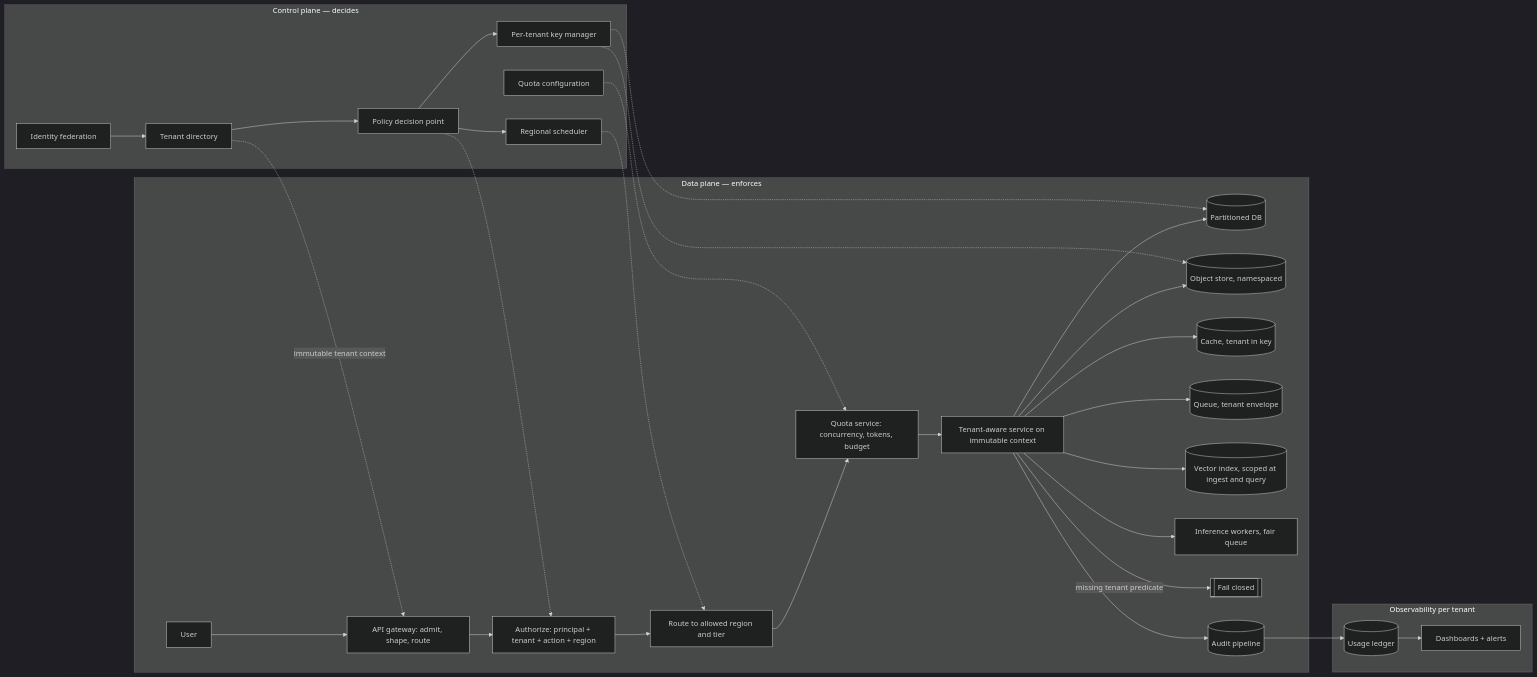
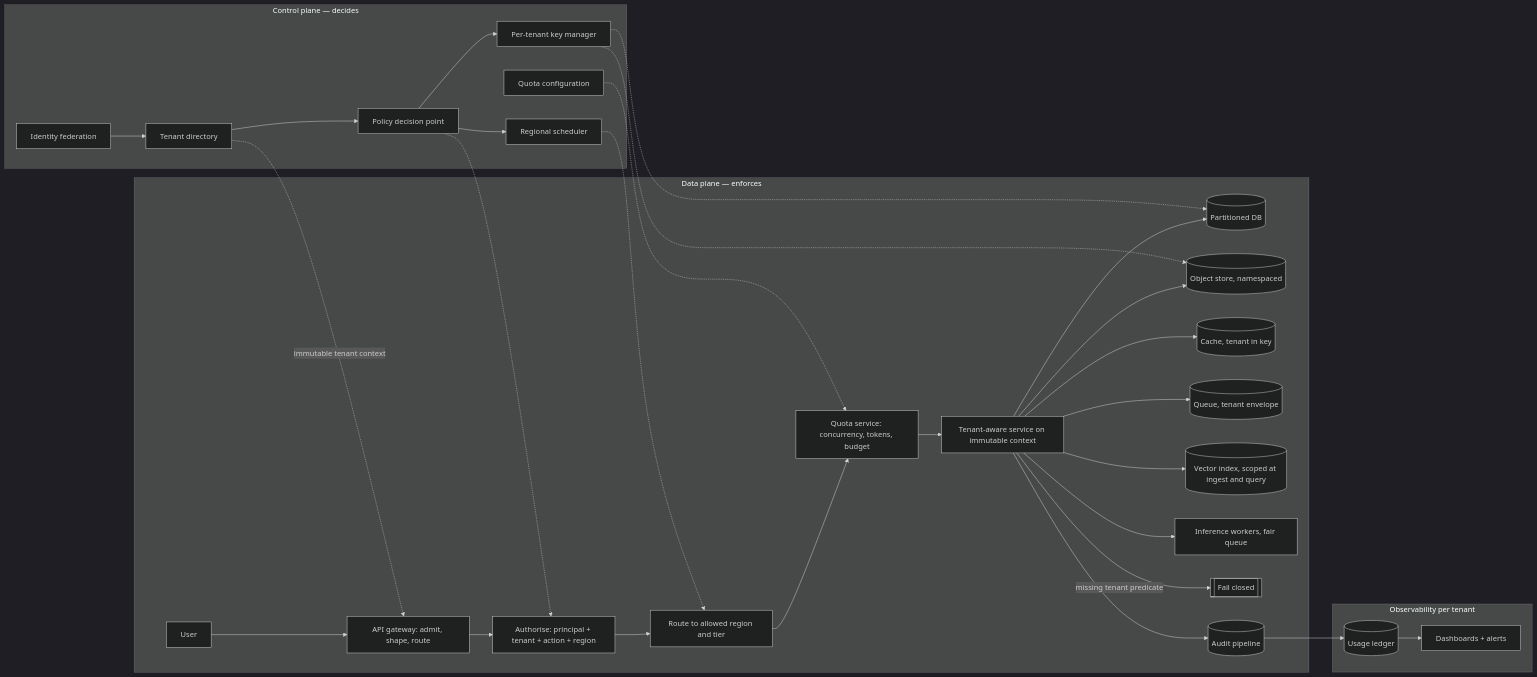
Before and after one commit to Sourav692/Forward-Deployed-Engineer-Interview-Prep: the first of 3 diagrams in site/content/modules/15-fde-case-studies/platforms-and-scale/secure-multi-tenant-ai-platform/full-pack-part-2.md, drawn with Mermaid (dark theme). The commit also changed other lines of this file and 191 other files, not shown here.

First line of the commit message:
content: British spellings inside diagrams (AF-06)

````diff
--- a/site/content/modules/15-fde-case-studies/platforms-and-scale/secure-multi-tenant-ai-platform/full-pack-part-2.md
+++ b/site/content/modules/15-fde-case-studies/platforms-and-scale/secure-multi-tenant-ai-platform/full-pack-part-2.md
@@ -40,35 +40,35 @@
 ```mermaid
 flowchart LR
     subgraph CP[Control plane — decides]
         IF[Identity federation] --> TD[Tenant directory] --> PDP[Policy decision point]
         PDP --> RS[Regional scheduler]
         PDP --> KM[Per-tenant key manager]
         QC[Quota configuration]
     end
 
     subgraph DP[Data plane — enforces]
         U[User] --> GW[API gateway: admit, shape, route]
-        GW --> AUTH[Authorize: principal + tenant + action + region]
+        GW --> AUTH[Authorise: principal + tenant + action + region]
         AUTH --> RT[Route to allowed region and tier]
         RT --> Q[Quota service: concurrency, tokens, budget]
         Q --> SVC[Tenant-aware service on immutable context]
         SVC --> DB[(Partitioned DB)]
         SVC --> OBJ[(Object store, namespaced)]
         SVC --> CACHE[(Cache, tenant in key)]
         SVC --> MQ[(Queue, tenant envelope)]
         SVC --> VEC[(Vector index, scoped at ingest and query)]
         SVC --> INF[Inference workers, fair queue]
         SVC -- missing tenant predicate --> FC[[Fail closed]]
         SVC --> AUD[(Audit pipeline)]
     end
 
     subgraph OBS[Observability per tenant]
         AUD --> LED[(Usage ledger)] --> DASH[Dashboards + alerts]
     end
 
     TD -. immutable tenant context .-> GW
     PDP -.-> AUTH
     RS -.-> RT
     QC -.-> Q
     KM -.-> DB & OBJ
 ```
````
